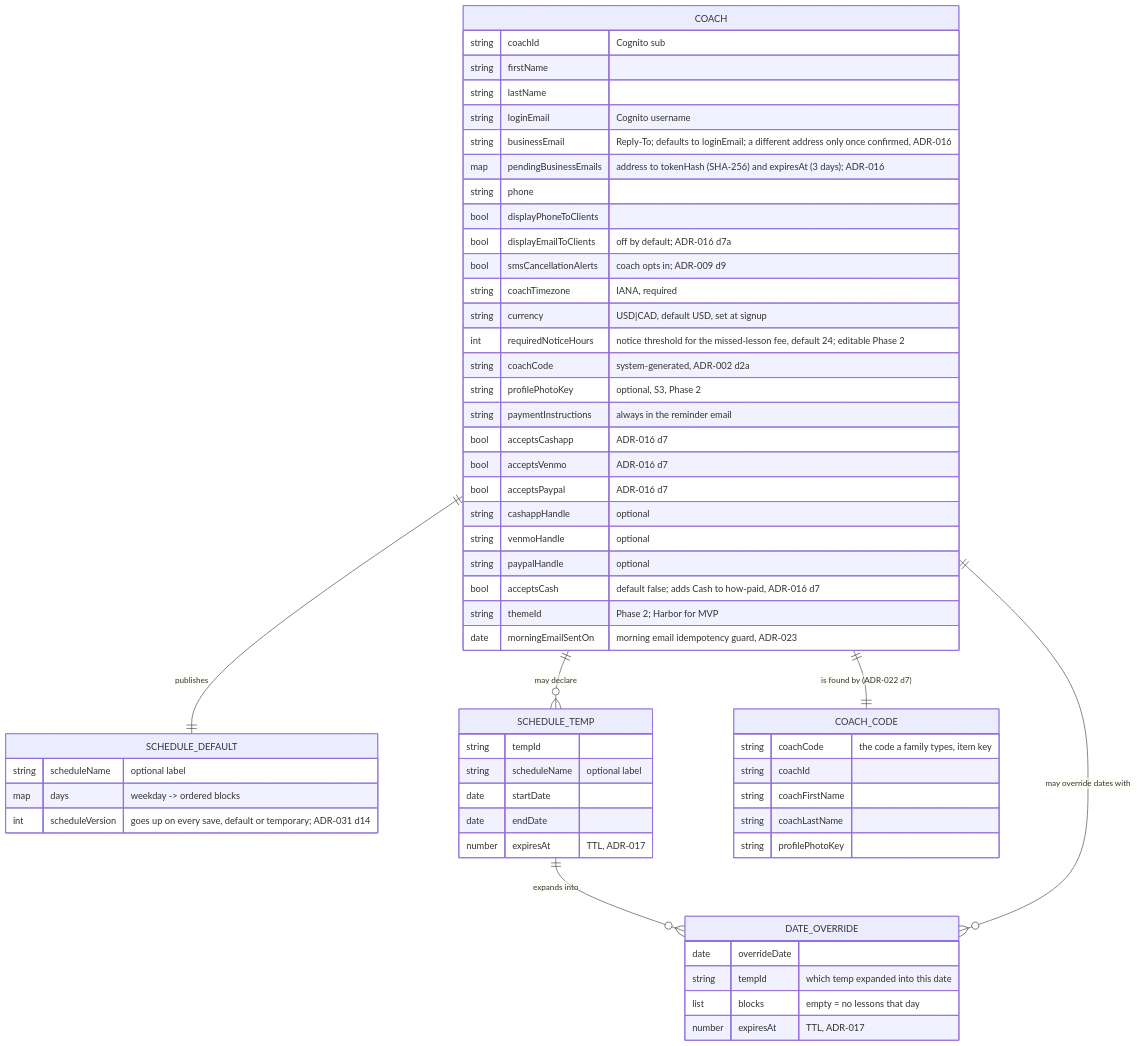
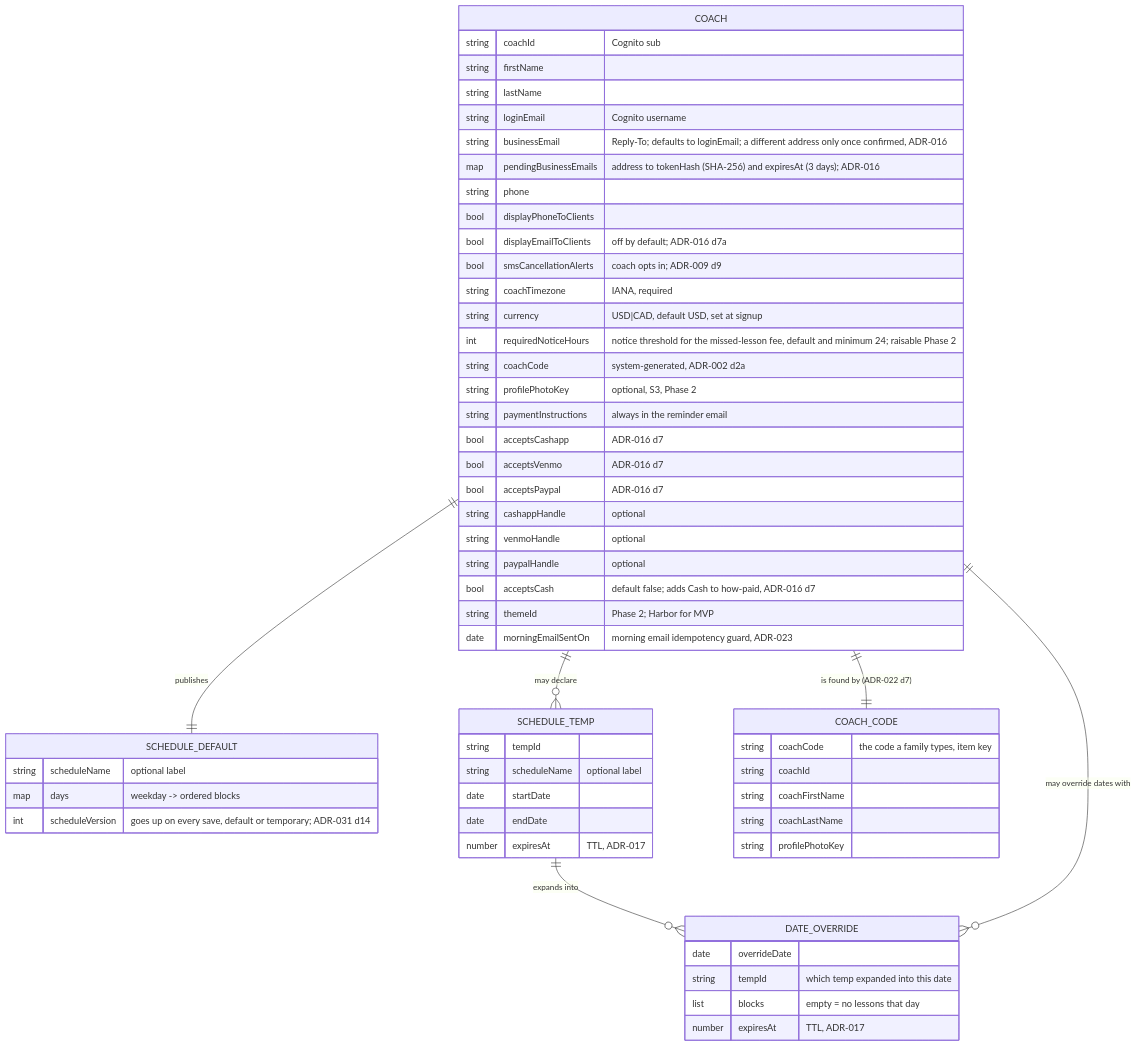
One commit to jessicamvega6/bladebook changed the fourth of 31 diagrams in docs/architecture.md. Above: the diagram before and after it, drawn with Mermaid. The commit also changed other lines of this file and 6 other files, not shown here.

First line of the commit message:
Notice is never shorter than 24 hours; the shared-leave model says why

````diff
--- a/docs/architecture.md
+++ b/docs/architecture.md
@@ -266,61 +266,61 @@
 ```mermaid
 erDiagram
     COACH ||--|| SCHEDULE_DEFAULT : "publishes"
     COACH ||--o{ SCHEDULE_TEMP : "may declare"
     SCHEDULE_TEMP ||--o{ DATE_OVERRIDE : "expands into"
     COACH ||--o{ DATE_OVERRIDE : "may override dates with"
     COACH ||--|| COACH_CODE : "is found by (ADR-022 d7)"
 
     COACH {
         string coachId "Cognito sub"
         string firstName
         string lastName
         string loginEmail "Cognito username"
         string businessEmail "Reply-To; defaults to loginEmail; a different address only once confirmed, ADR-016"
         map    pendingBusinessEmails "address to tokenHash (SHA-256) and expiresAt (3 days); ADR-016"
         string phone
         bool   displayPhoneToClients
         bool   displayEmailToClients "off by default; ADR-016 d7a"
         bool   smsCancellationAlerts "coach opts in; ADR-009 d9"
         string coachTimezone "IANA, required"
         string currency "USD|CAD, default USD, set at signup"
-        int    requiredNoticeHours "notice threshold for the missed-lesson fee, default 24; editable Phase 2"
+        int    requiredNoticeHours "notice threshold for the missed-lesson fee, default and minimum 24; raisable Phase 2"
         string coachCode "system-generated, ADR-002 d2a"
         string profilePhotoKey "optional, S3, Phase 2"
         string paymentInstructions "always in the reminder email"
         bool   acceptsCashapp "ADR-016 d7"
         bool   acceptsVenmo "ADR-016 d7"
         bool   acceptsPaypal "ADR-016 d7"
         string cashappHandle "optional"
         string venmoHandle "optional"
         string paypalHandle "optional"
         bool   acceptsCash "default false; adds Cash to how-paid, ADR-016 d7"
         string themeId "Phase 2; Harbor for MVP"
         date   morningEmailSentOn "morning email idempotency guard, ADR-023"
     }
     SCHEDULE_DEFAULT {
         string scheduleName "optional label"
         map days "weekday -> ordered blocks"
         int    scheduleVersion "goes up on every save, default or temporary; ADR-031 d14"
     }
     SCHEDULE_TEMP {
         string tempId
         string scheduleName "optional label"
         date   startDate
         date   endDate
         number expiresAt "TTL, ADR-017"
     }
     DATE_OVERRIDE {
         date   overrideDate
         string tempId "which temp expanded into this date"
         list   blocks "empty = no lessons that day"
         number expiresAt "TTL, ADR-017"
     }
     COACH_CODE {
         string coachCode "the code a family types, item key"
         string coachId
         string coachFirstName
         string coachLastName
         string profilePhotoKey
     }
 ```
````
